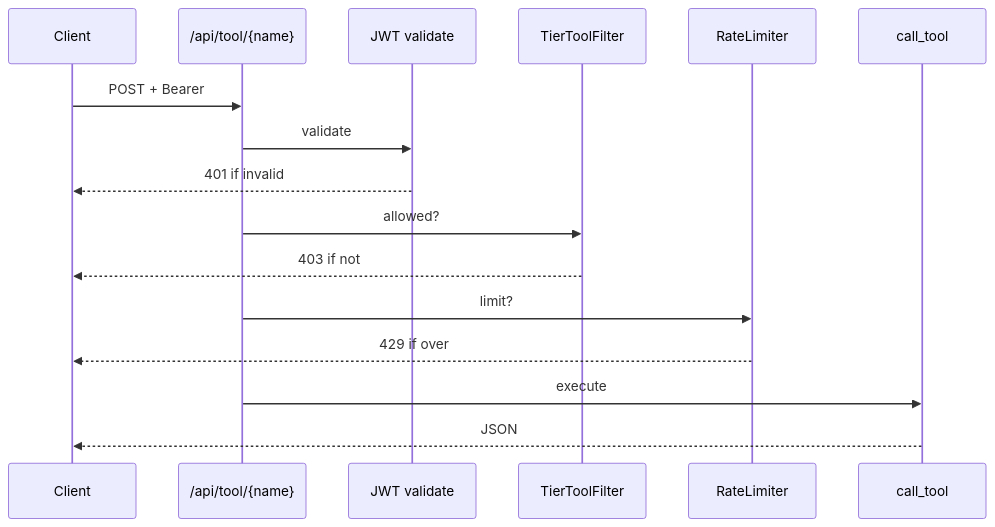
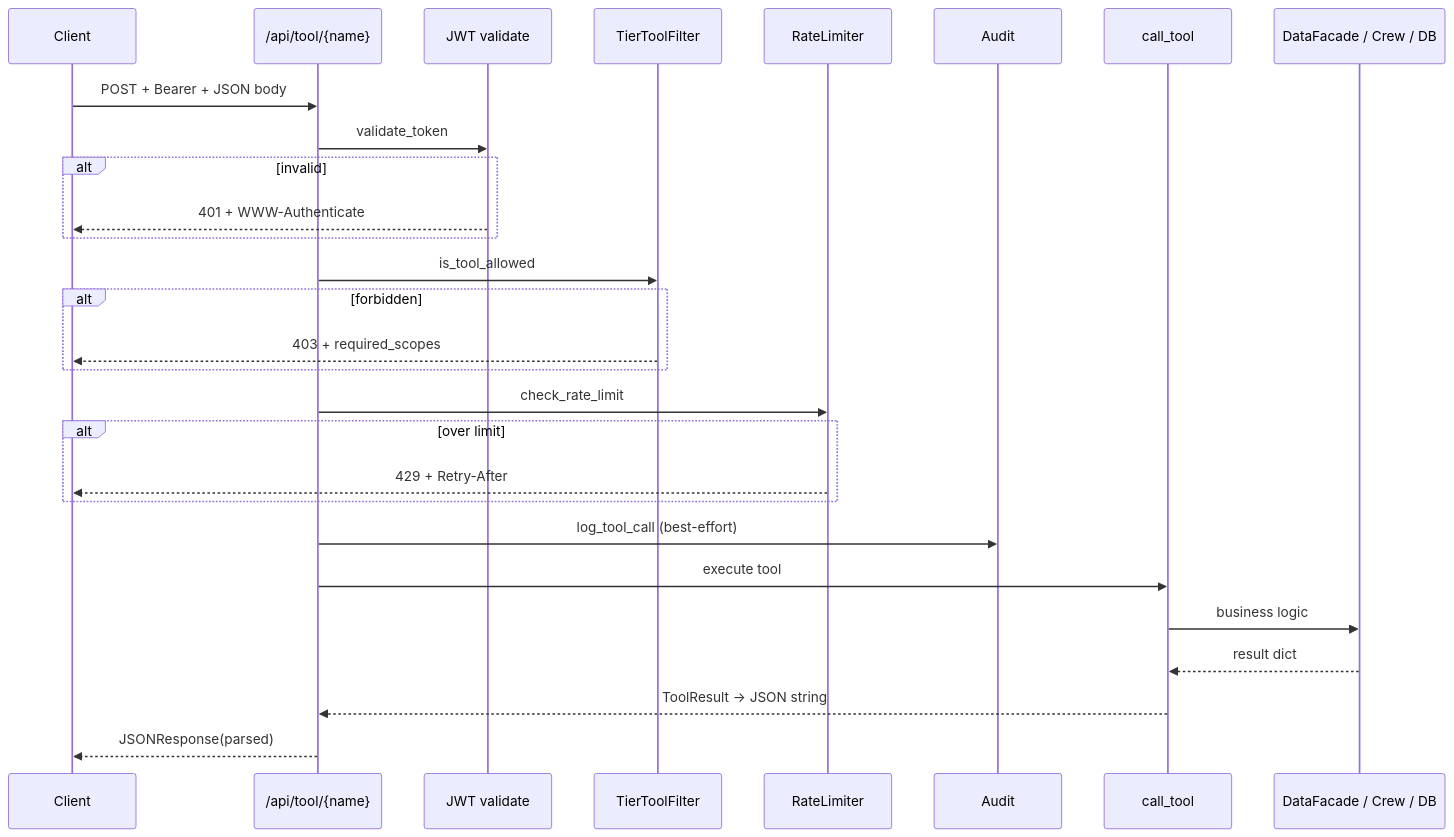
One commit to yashagarwalkdu25/Insufficient_Tokens changed the fourth of 4 diagrams in W3_MCP/docs/ARCHITECTURE.md. Above: the diagram before and after it, drawn with Mermaid. The commit also changed other lines of this file and 32 other files, not shown here.

First line of the commit message:
feat(W3_MCP): enhance README and ARCHITECTURE documentation; add alerts and brief pages

````diff
--- a/W3_MCP/docs/ARCHITECTURE.md
+++ b/W3_MCP/docs/ARCHITECTURE.md
@@ -229,18 +517,31 @@
 ```mermaid
 sequenceDiagram
   participant C as Client
   participant R as /api/tool/{name}
   participant J as JWT validate
   participant F as TierToolFilter
   participant W as RateLimiter
+  participant A as Audit
   participant T as call_tool
-  C->>R: POST + Bearer
-  R->>J: validate
-  J-->>C: 401 if invalid
-  R->>F: allowed?
-  F-->>C: 403 if not
-  R->>W: limit?
-  W-->>C: 429 if over
-  R->>T: execute
-  T-->>C: JSON
+  participant D as DataFacade / Crew / DB
+
+  C->>R: POST + Bearer + JSON body
+  R->>J: validate_token
+  alt invalid
+    J-->>C: 401 + WWW-Authenticate
+  end
+  R->>F: is_tool_allowed
+  alt forbidden
+    F-->>C: 403 + required_scopes
+  end
+  R->>W: check_rate_limit
+  alt over limit
+    W-->>C: 429 + Retry-After
+  end
+  R->>A: log_tool_call (best-effort)
+  R->>T: execute tool
+  T->>D: business logic
+  D-->>T: result dict
+  T-->>R: ToolResult → JSON string
+  R-->>C: JSONResponse(parsed)
 ```
````
